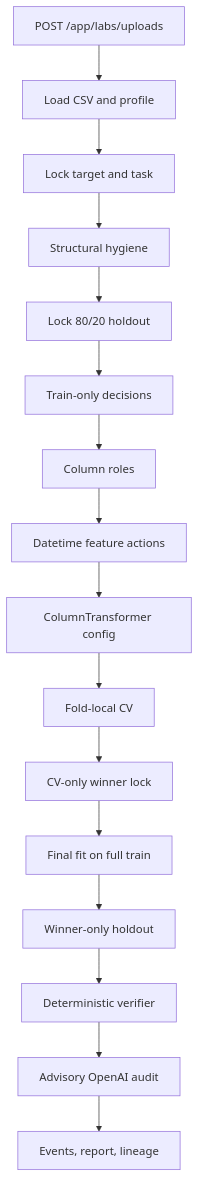
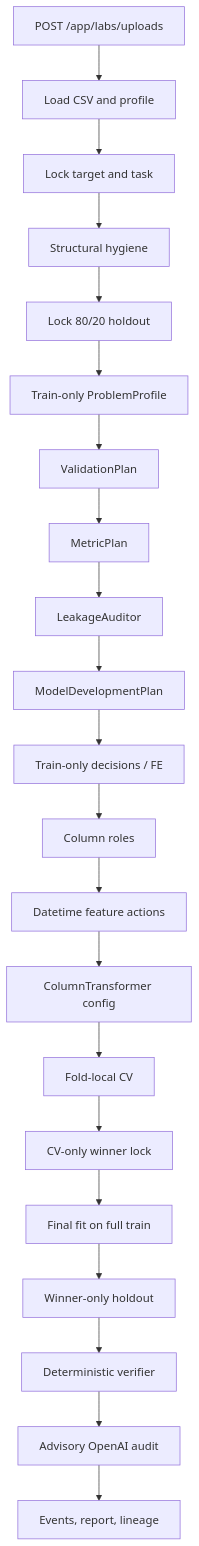
One commit to Shahriyar-Moradi/DCLab changed the diagram in docs/DCLAB_PIPELINE_DEEP_DIVE.md. Above: the diagram before and after it, drawn with Mermaid. The commit also changed other lines of this file and 39 other files, not shown here.

Commit message:
verificationpahase 1a,1b,1c but model building has a problem

````diff
--- a/docs/DCLAB_PIPELINE_DEEP_DIVE.md
+++ b/docs/DCLAB_PIPELINE_DEEP_DIVE.md
@@ -14,18 +14,23 @@
 ```mermaid
 flowchart TD
   upload[POST /app/labs/uploads] --> ingest[Load CSV and profile]
   ingest --> target[Lock target and task]
   target --> clean[Structural hygiene]
   clean --> split[Lock 80/20 holdout]
-  split --> trainonly[Train-only decisions]
+  split --> profile[Train-only ProblemProfile]
+  profile --> valplan[ValidationPlan]
+  valplan --> metrics[MetricPlan]
+  metrics --> leak[LeakageAuditor]
+  leak --> mdp[ModelDevelopmentPlan]
+  mdp --> trainonly[Train-only decisions / FE]
   trainonly --> roles[Column roles]
   roles --> feats[Datetime feature actions]
   feats --> prep[ColumnTransformer config]
   prep --> cv[Fold-local CV]
   cv --> lock[CV-only winner lock]
   lock --> fit[Final fit on full train]
   fit --> test[Winner-only holdout]
   test --> verify[Deterministic verifier]
   verify --> audit[Advisory OpenAI audit]
   audit --> persist[Events, report, lineage]
 ```
````
